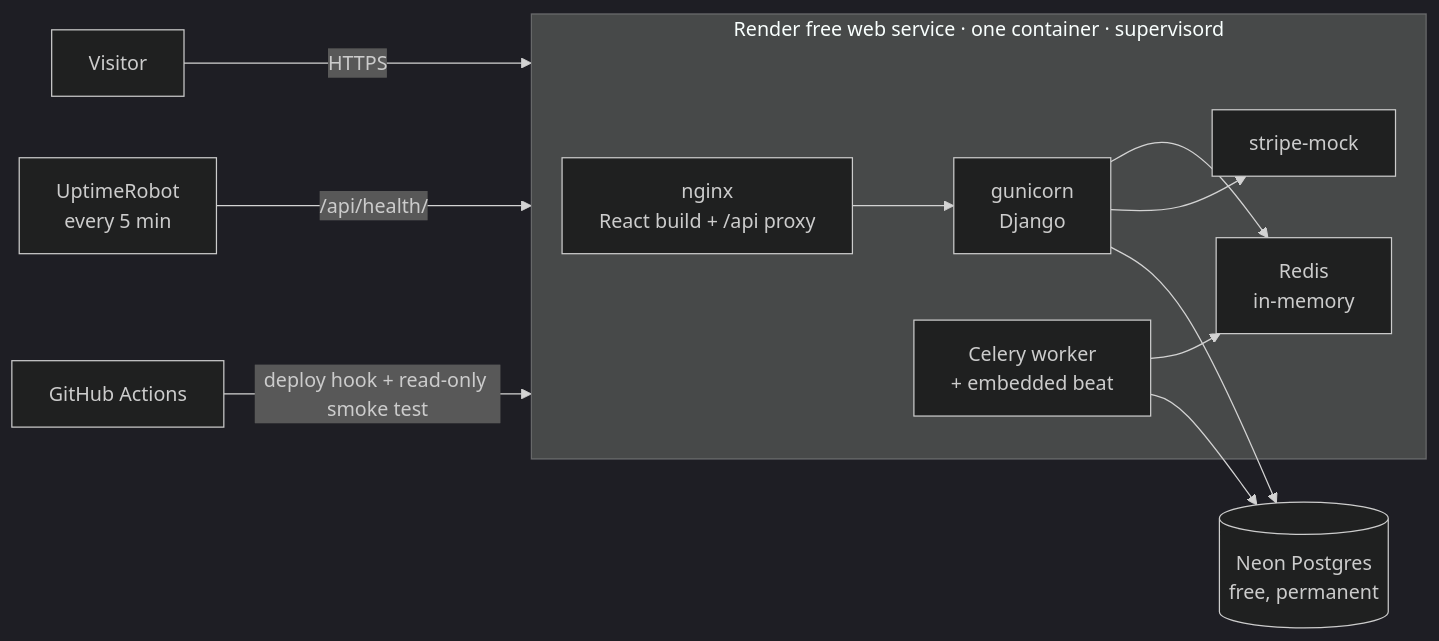
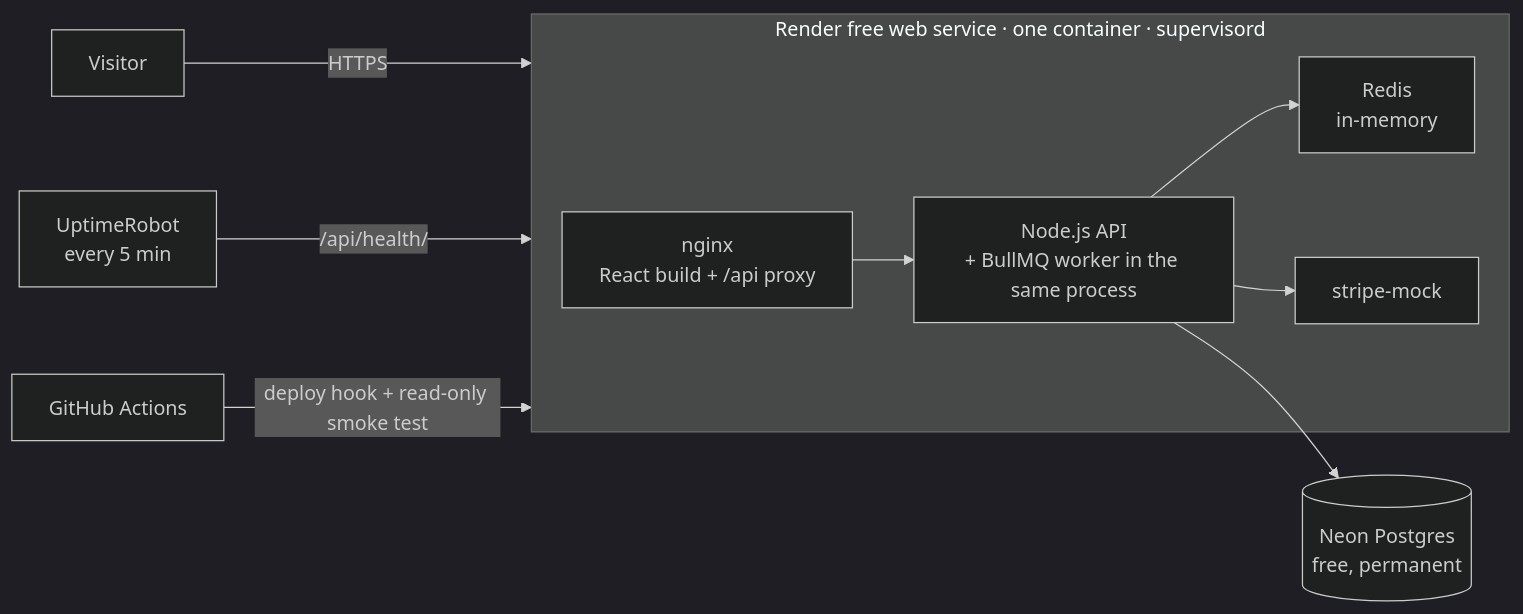
The second of 2 diagrams in FS-04/docs/11-devops.md (Adarsh619/Rout_Adarsh_Pradhan_Capstone_Projects), drawn with Mermaid (dark theme) before and after one commit. The commit also changed other lines of this file and 298 other files, not shown here.

````diff
--- a/FS-04/docs/11-devops.md
+++ b/FS-04/docs/11-devops.md
@@ -108,14 +106,12 @@
 ```mermaid
 flowchart LR
   V[Visitor] -->|HTTPS| R
   subgraph R[Render free web service · one container · supervisord]
-    N[nginx<br/>React build + /api proxy] --> G[gunicorn<br/>Django]
-    C[Celery worker<br/>+ embedded beat] --> RD[Redis<br/>in-memory]
-    G --> RD
+    N[nginx<br/>React build + /api proxy] --> G[Node.js API<br/>+ BullMQ worker in the same process]
+    G --> RD[Redis<br/>in-memory]
     G --> SM[stripe-mock]
   end
   G --> DB[(Neon Postgres<br/>free, permanent)]
-  C --> DB
   U[UptimeRobot<br/>every 5 min] -->|/api/health/| R
   GH[GitHub Actions] -->|deploy hook + read-only smoke test| R
 ```
````
